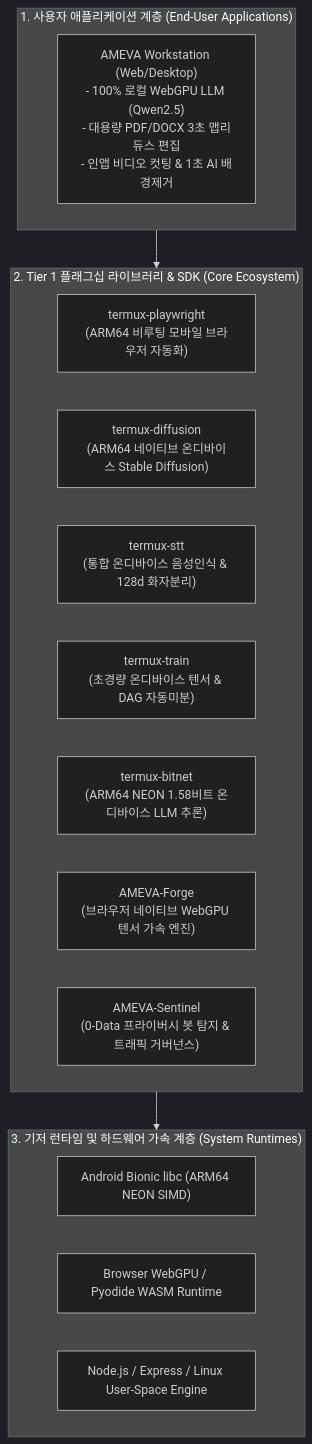
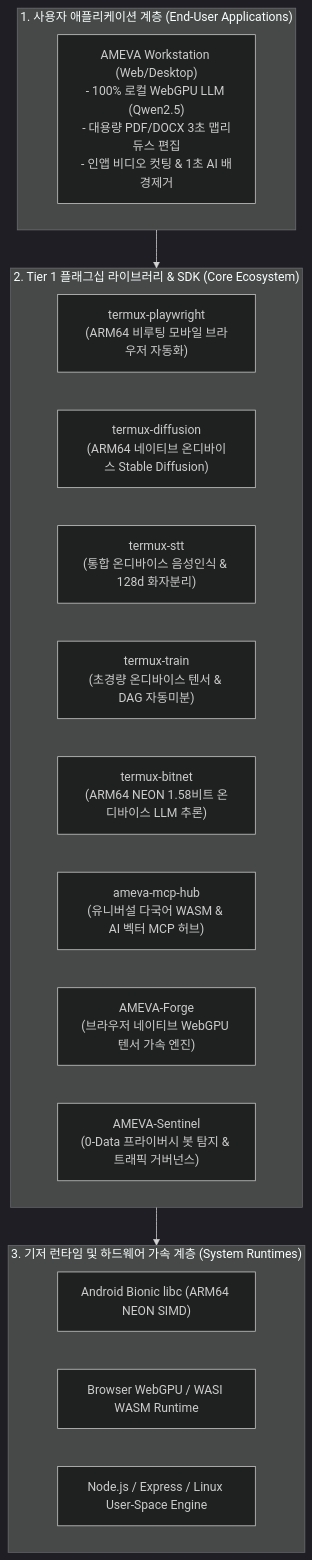
One commit to uno-km/uno-km changed the diagram in FOUNDATION.md. Above: the diagram before and after it, drawn with Mermaid (dark theme). The commit also changed other lines of this file and 253 other files, not shown here.

Commit message:
feat(portal): sync 8 TLP libraries, integrate ameva-mcp-hub and termux-bitnet, remove button emojis, and standardize doc layouts

````diff
--- a/FOUNDATION.md
+++ b/FOUNDATION.md
@@ -80,25 +80,26 @@
 ```mermaid
 flowchart TD
     subgraph AppLayer ["1. 사용자 애플리케이션 계층 (End-User Applications)"]
         Workstation["AMEVA Workstation (Web/Desktop)<br/>- 100% 로컬 WebGPU LLM (Qwen2.5)<br/>- 대용량 PDF/DOCX 3초 맵리듀스 편집<br/>- 인앱 비디오 컷팅 & 1초 AI 배경제거"]
     end
 
     subgraph CoreLibs ["2. Tier 1 플래그십 라이브러리 & SDK (Core Ecosystem)"]
         Playwright["termux-playwright<br/>(ARM64 비루팅 모바일 브라우저 자동화)"]
         Diffusion["termux-diffusion<br/>(ARM64 네이티브 온디바이스 Stable Diffusion)"]
         STT["termux-stt<br/>(통합 온디바이스 음성인식 & 128d 화자분리)"]
         Train["termux-train<br/>(초경량 온디바이스 텐서 & DAG 자동미분)"]
         BitNet["termux-bitnet<br/>(ARM64 NEON 1.58비트 온디바이스 LLM 추론)"]
+        MCPHub["ameva-mcp-hub<br/>(유니버설 다국어 WASM & AI 벡터 MCP 허브)"]
         Forge["AMEVA-Forge<br/>(브라우저 네이티브 WebGPU 텐서 가속 엔진)"]
         Sentinel["AMEVA-Sentinel<br/>(0-Data 프라이버시 봇 탐지 & 트래픽 거버넌스)"]
     end
 
     subgraph RuntimeLayer ["3. 기저 런타임 및 하드웨어 가속 계층 (System Runtimes)"]
         AndroidBionic["Android Bionic libc (ARM64 NEON SIMD)"]
-        WebGPU_WASM["Browser WebGPU / Pyodide WASM Runtime"]
+        WebGPU_WASM["Browser WebGPU / WASI WASM Runtime"]
         NodeLinux["Node.js / Express / Linux User-Space Engine"]
     end
 
     AppLayer --> CoreLibs
     CoreLibs --> RuntimeLayer
 ```
````
